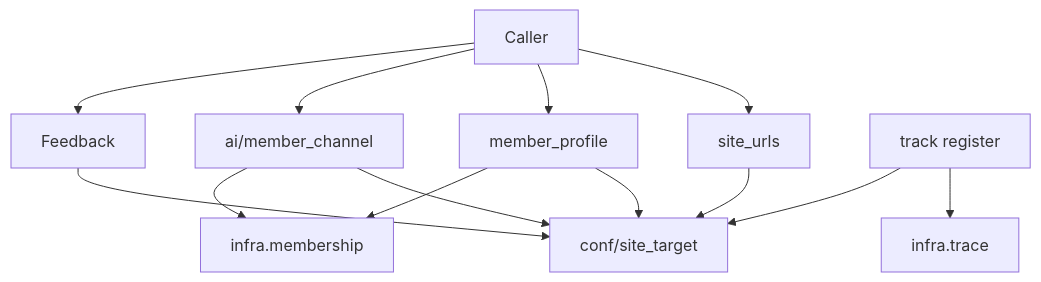
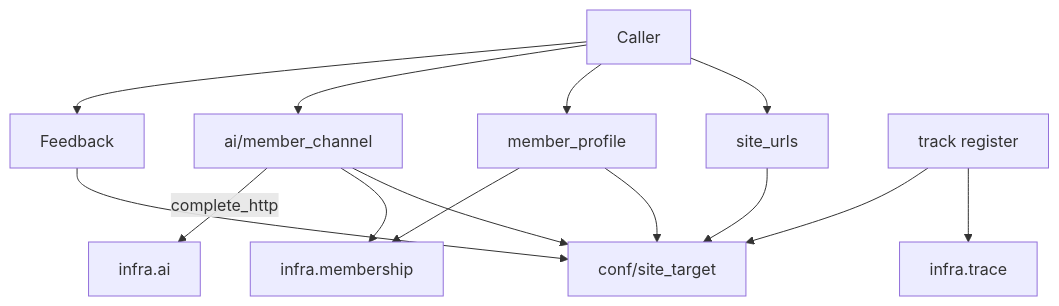
The diagram in core/modules/ntq_external/docs/ARCHITECTURE.md (garnet1985/new-tea-quant), drawn with Mermaid before and after one commit. The commit also changed other lines of this file and 23 other files, not shown here.

````diff
--- a/core/modules/ntq_external/docs/ARCHITECTURE.md
+++ b/core/modules/ntq_external/docs/ARCHITECTURE.md
@@ -48,15 +48,16 @@
 ```mermaid
 flowchart TB
   Caller --> Site[site_urls]
   Caller --> Profile[member_profile]
   Caller --> MemberAI[ai/member_channel]
   Caller --> Feedback
   Site --> Conf[conf/site_target]
   Profile --> Conf
   Profile --> Mem[infra.membership]
   MemberAI --> Conf
   MemberAI --> Mem
+  MemberAI -->|complete_http| InfraAI[infra.ai]
   Feedback --> Conf
   Track[track register] --> Trace[infra.trace]
   Track --> Conf
 ```
````
